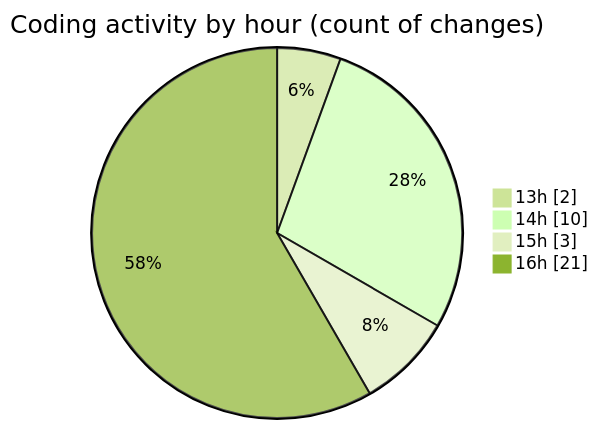
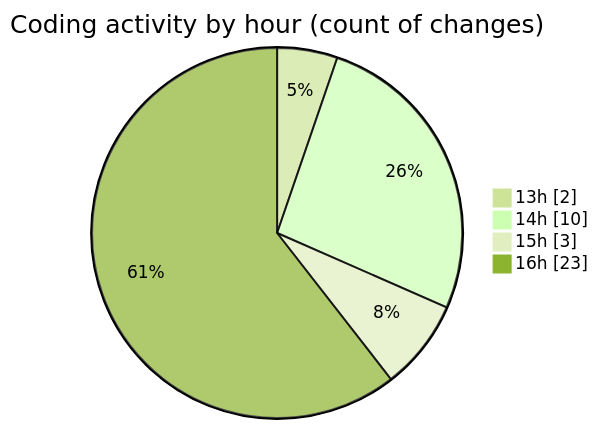
The second of 2 diagrams in 2026-03-12/nxtqube_webapp/README.md (nxtqubesakshisongat/code-tracking), drawn with Mermaid (forest theme) before and after one commit. The commit also changed other lines of this file and 1 other file, not shown here.

````diff
--- a/2026-03-12/nxtqube_webapp/README.md
+++ b/2026-03-12/nxtqube_webapp/README.md
@@ -36,8 +37,8 @@
 ```mermaid
 pie showData
 title Coding activity by hour (count of changes)
 "13h" : 2
 "14h" : 10
 "15h" : 3
-"16h" : 21
+"16h" : 23
 ```
````
